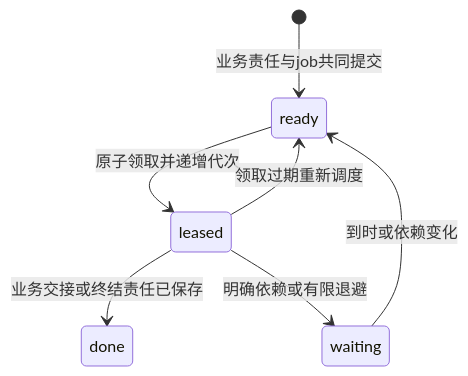
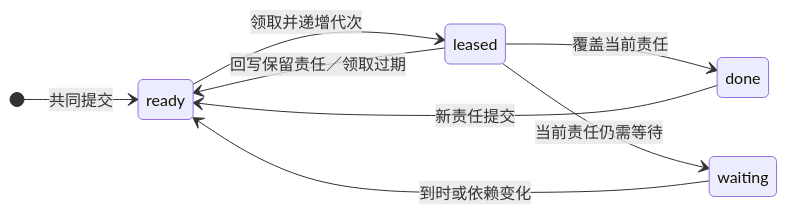
Before and after one commit to ruipengliu/lerna: the fourth of 4 diagrams in docs/architecture/task-runtime/implementation.md, drawn with Mermaid. The commit also changed other lines of this file and 76 other files, not shown here.

````diff
--- a/docs/architecture/task-runtime/implementation.md
+++ b/docs/architecture/task-runtime/implementation.md
@@ -251,9 +254,11 @@
 ```mermaid
 stateDiagram-v2
-    [*] --> ready: 业务责任与job共同提交
-    ready --> leased: 原子领取并递增代次
-    leased --> done: 业务交接或终结责任已保存
-    leased --> waiting: 明确依赖或有限退避
+    direction LR
+    [*] --> ready: 共同提交
+    ready --> leased: 领取并递增代次
+    leased --> done: 覆盖当前责任
+    leased --> waiting: 当前责任仍需等待
+    leased --> ready: 回写保留责任／领取过期
     waiting --> ready: 到时或依赖变化
-    leased --> ready: 领取过期重新调度
+    done --> ready: 新责任提交
 ```
````
